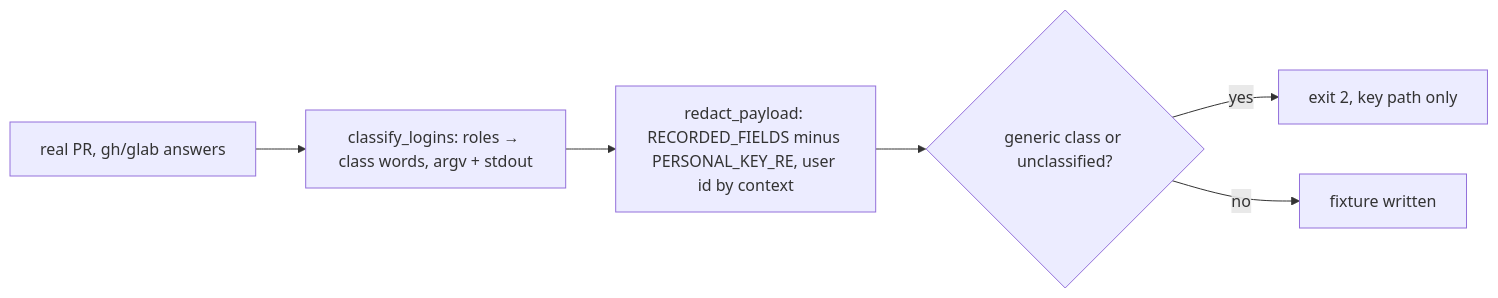
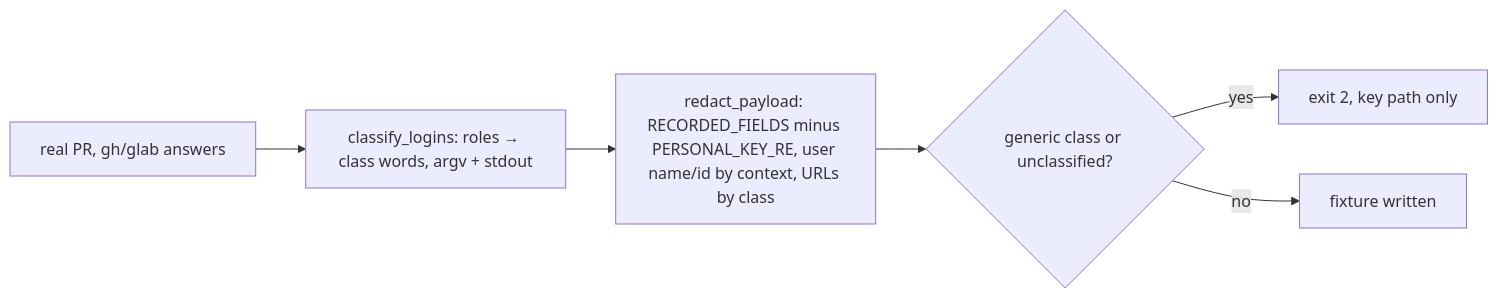
The diagram in docs/specs/2026-11-18_SP-RECORDER-REDACTS-BY-CLASS_the-forge-recorder-writes-class-words-and-drops-names-at-record-time.md (repoachhq/repoach), drawn with Mermaid before and after one commit. The commit also changed other lines of this file and 4 other files, not shown here.

````diff
--- a/docs/specs/2026-11-18_SP-RECORDER-REDACTS-BY-CLASS_the-forge-recorder-writes-class-words-and-drops-names-at-record-time.md
+++ b/docs/specs/2026-11-18_SP-RECORDER-REDACTS-BY-CLASS_the-forge-recorder-writes-class-words-and-drops-names-at-record-time.md
@@ -193,8 +231,8 @@
 ```mermaid
 flowchart LR
     P[real PR, gh/glab answers] --> C[classify_logins: roles → class words, argv + stdout]
-    C --> R[redact_payload: RECORDED_FIELDS minus PERSONAL_KEY_RE, user id by context]
+    C --> R[redact_payload: RECORDED_FIELDS minus PERSONAL_KEY_RE, user name/id by context, URLs by class]
     R --> G{generic class or unclassified?}
     G -- yes --> E[exit 2, key path only]
     G -- no --> F[fixture written]
 ```
````
